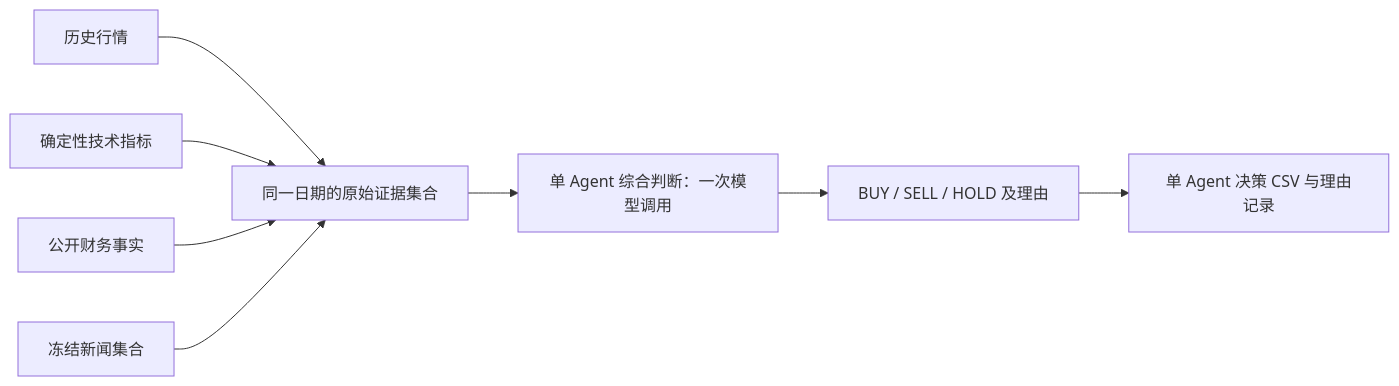
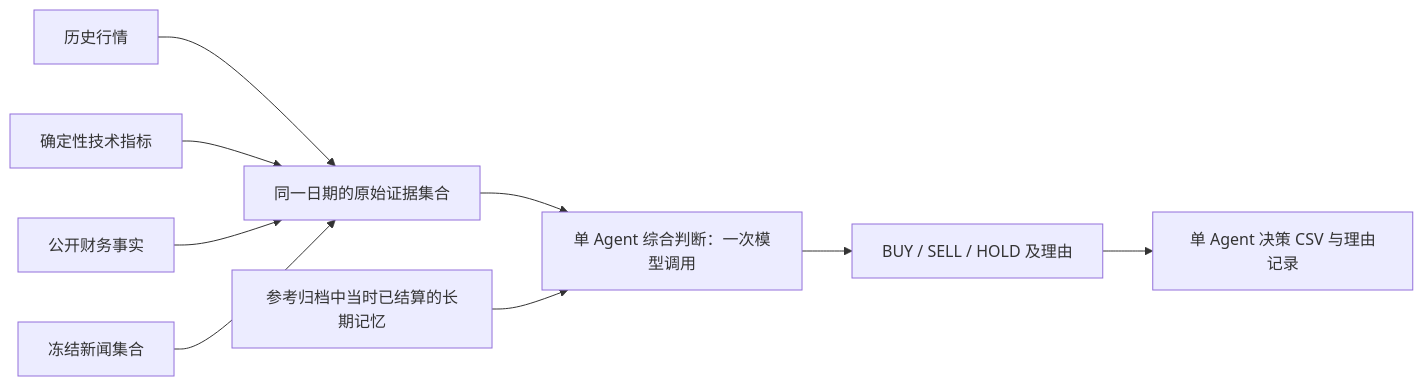
The third of 3 diagrams in README.md (CatchMan1/TradingAgent-project), drawn with Mermaid before and after one commit. The commit also changed other lines of this file and 4 other files, not shown here.

````diff
--- a/README.md
+++ b/README.md
@@ -98,10 +98,11 @@
 ```mermaid
 flowchart LR
     P[历史行情] --> E[同一日期的原始证据集合]
     I[确定性技术指标] --> E
     F[公开财务事实] --> E
     N[冻结新闻集合] --> E
     E --> S[单 Agent 综合判断：一次模型调用]
+    M[参考归档中当时已结算的长期记忆] --> S
     S --> A[BUY / SELL / HOLD 及理由]
     A --> CSV[单 Agent 决策 CSV 与理由记录]
 ```
````
